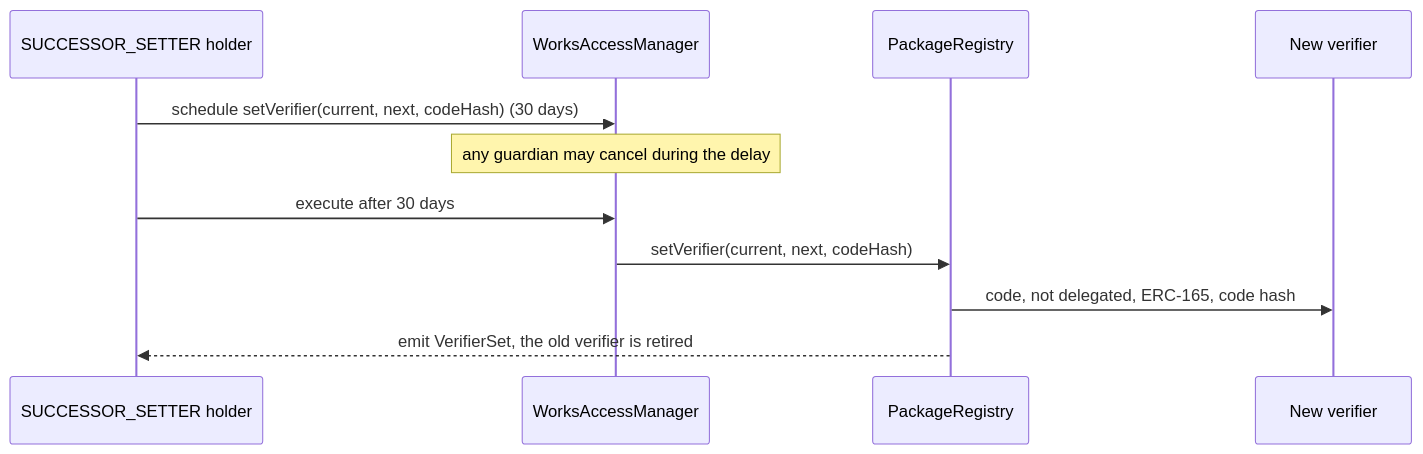
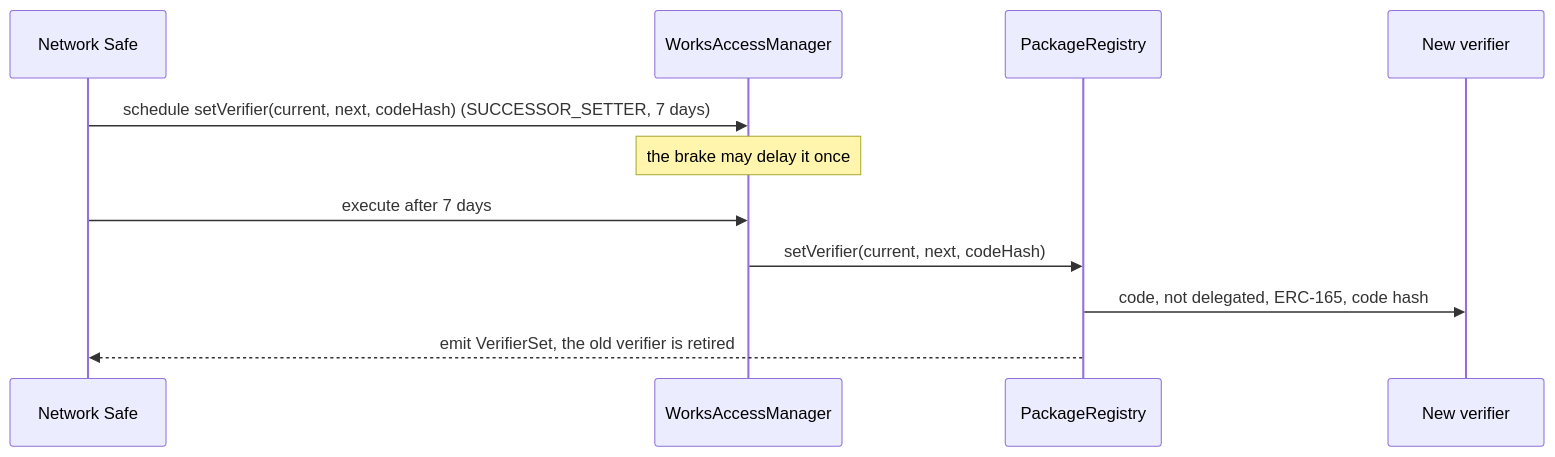
One commit to 6529-Collections/6529-works changed the eighth of 8 diagrams in docs/spec/curation.md. Above: the diagram before and after it, drawn with Mermaid. The commit also changed other lines of this file and 352 other files, not shown here.

````diff
--- a/docs/spec/curation.md
+++ b/docs/spec/curation.md
@@ -416,13 +436,13 @@
 ```mermaid
 sequenceDiagram
-    participant Setter as SUCCESSOR_SETTER holder
+    participant Setter as Network Safe
     participant Manager as WorksAccessManager
     participant Registry as PackageRegistry
     participant Next as New verifier
-    Setter->>Manager: schedule setVerifier(current, next, codeHash) (30 days)
-    Note over Manager: any guardian may cancel during the delay
-    Setter->>Manager: execute after 30 days
+    Setter->>Manager: schedule setVerifier(current, next, codeHash) (SUCCESSOR_SETTER, 7 days)
+    Note over Manager: the brake may delay it once
+    Setter->>Manager: execute after 7 days
     Manager->>Registry: setVerifier(current, next, codeHash)
     Registry->>Next: code, not delegated, ERC-165, code hash
     Registry-->>Setter: emit VerifierSet, the old verifier is retired
 ```
````
